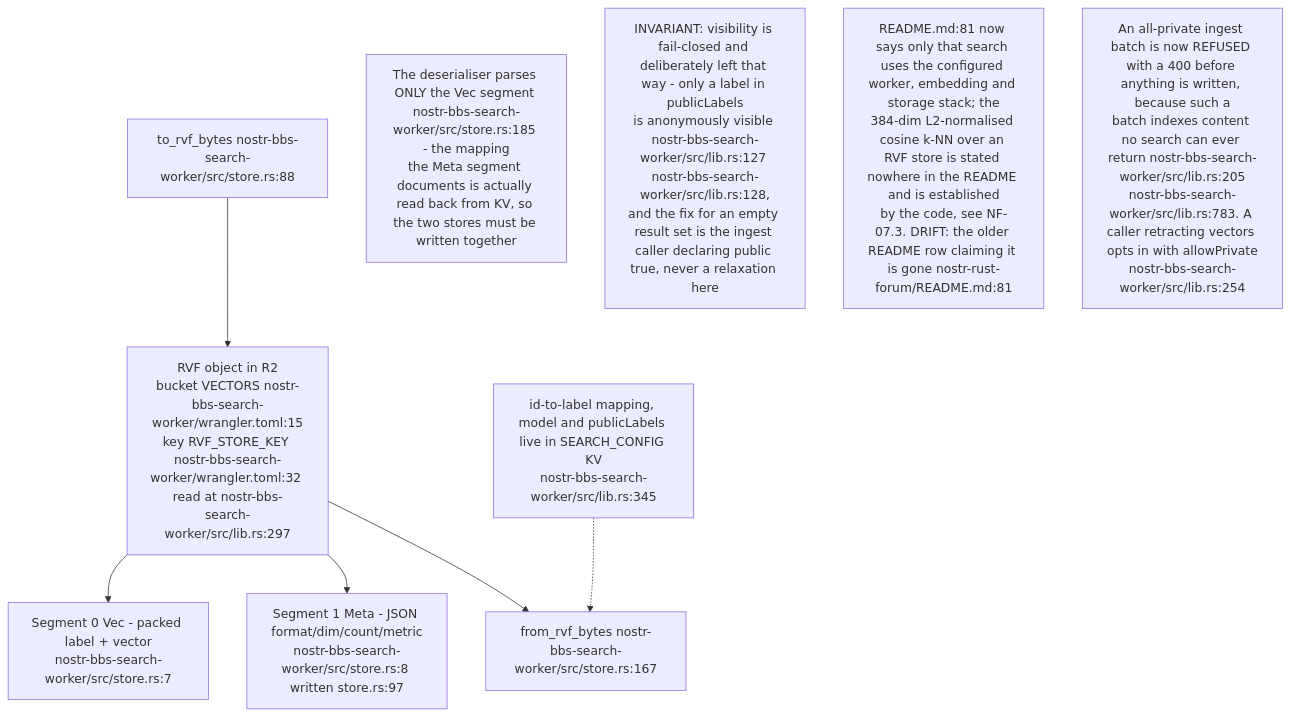
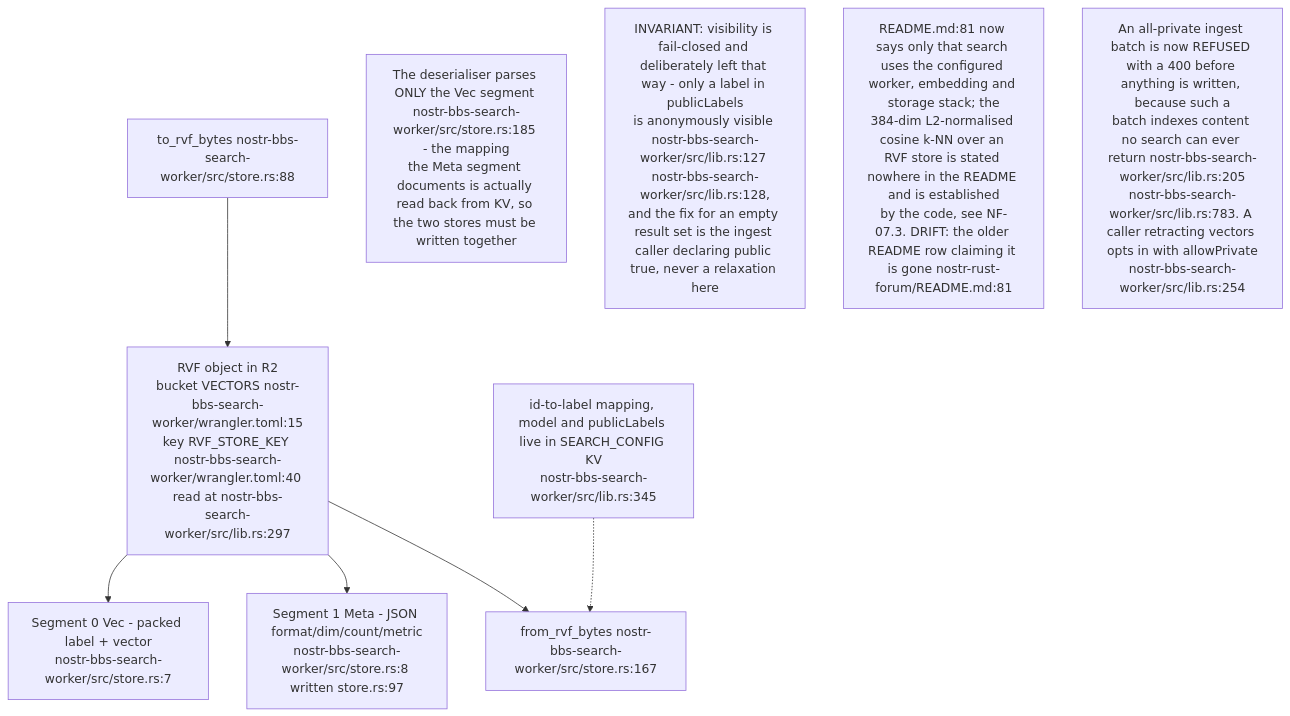
The fourth of 9 diagrams in docs/diagrams/nostr-rust-forum/07-search-preview-and-shared-worker-utilities.md (DreamLab-AI/VisionFlow), drawn with Mermaid before and after one commit. The commit also changed other lines of this file and 145 other files, not shown here.

````diff
--- a/docs/diagrams/nostr-rust-forum/07-search-preview-and-shared-worker-utilities.md
+++ b/docs/diagrams/nostr-rust-forum/07-search-preview-and-shared-worker-utilities.md
@@ -112,19 +112,19 @@
 ```mermaid
 flowchart TB
-    RVF["RVF object in R2<br/>bucket VECTORS nostr-bbs-search-worker/wrangler.toml:15<br/>key RVF_STORE_KEY nostr-bbs-search-worker/wrangler.toml:32 read at nostr-bbs-search-worker/src/lib.rs:297"]
+    RVF["RVF object in R2<br/>bucket VECTORS nostr-bbs-search-worker/wrangler.toml:15<br/>key RVF_STORE_KEY nostr-bbs-search-worker/wrangler.toml:40 read at nostr-bbs-search-worker/src/lib.rs:297"]
     SEGV["Segment 0 Vec - packed label + vector<br/>nostr-bbs-search-worker/src/store.rs:7"]
     SEGM["Segment 1 Meta - JSON format/dim/count/metric<br/>nostr-bbs-search-worker/src/store.rs:8 written store.rs:97"]
     SER["to_rvf_bytes nostr-bbs-search-worker/src/store.rs:88"]
     DES["from_rvf_bytes nostr-bbs-search-worker/src/store.rs:167"]
     KV["id-to-label mapping, model and publicLabels live in SEARCH_CONFIG KV<br/>nostr-bbs-search-worker/src/lib.rs:345"]
 
     RVF --> SEGV & SEGM
     SER --> RVF
     RVF --> DES
     KV -.-> DES
 
     N1["The deserialiser parses ONLY the Vec segment nostr-bbs-search-worker/src/store.rs:185 - the mapping<br/>the Meta segment documents is actually read back from KV, so the two stores must be written together"]
     N2["INVARIANT: visibility is fail-closed and deliberately left that way - only a label in publicLabels<br/>is anonymously visible nostr-bbs-search-worker/src/lib.rs:127 nostr-bbs-search-worker/src/lib.rs:128,<br/>and the fix for an empty result set is the ingest caller declaring public true, never a relaxation here"]
     N3["README.md:81 now says only that search uses the configured worker, embedding and storage stack; the<br/>384-dim L2-normalised cosine k-NN over an RVF store is stated nowhere in the README and is established<br/>by the code, see NF-07.3. DRIFT: the older README row claiming it is gone nostr-rust-forum/README.md:81"]
     N4["An all-private ingest batch is now REFUSED with a 400 before anything is written, because such a<br/>batch indexes content no search can ever return nostr-bbs-search-worker/src/lib.rs:205<br/>nostr-bbs-search-worker/src/lib.rs:783. A caller retracting vectors opts in with allowPrivate<br/>nostr-bbs-search-worker/src/lib.rs:254"]
 ```
````
